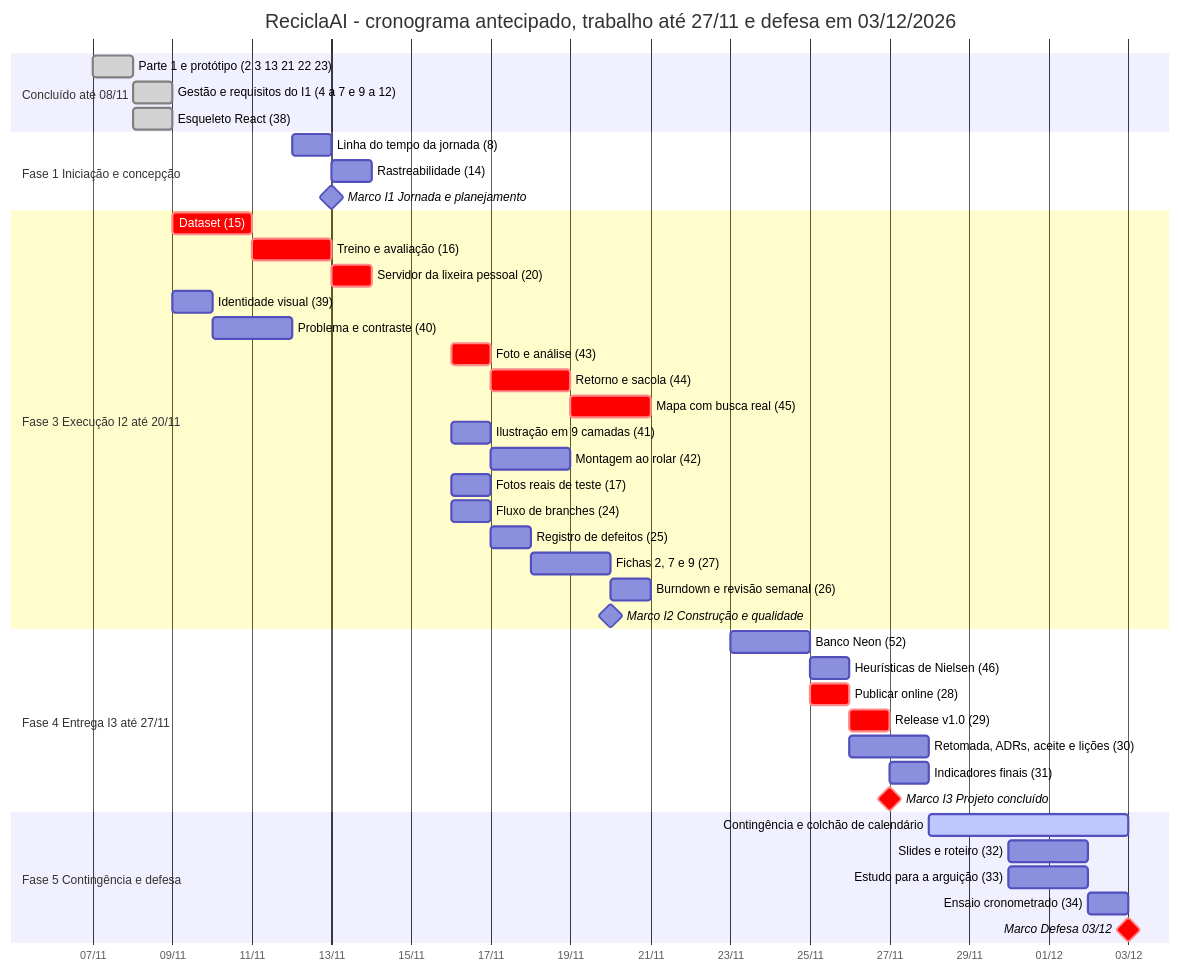
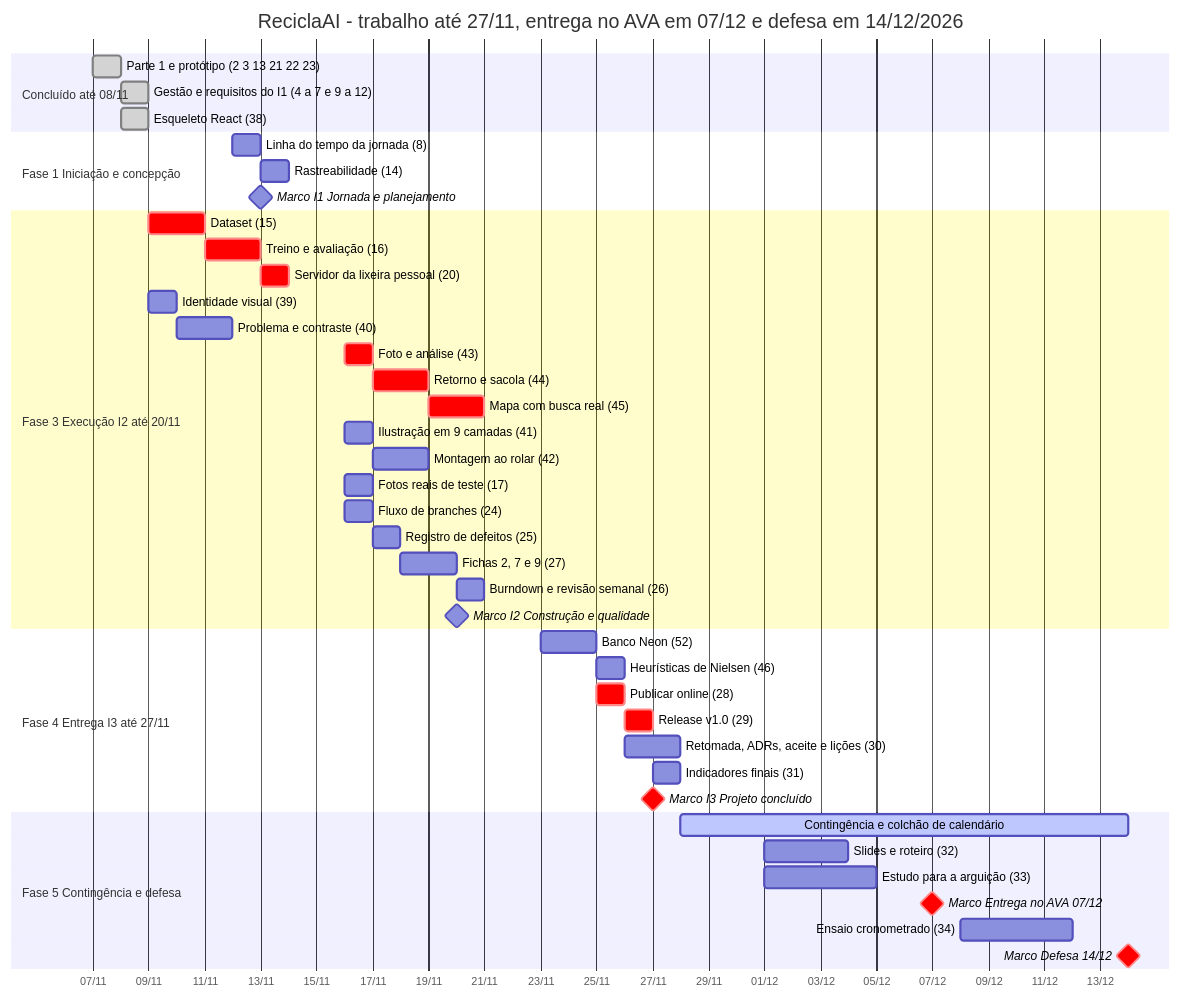
Before and after one commit to Ronald-Jesus/reciclaai: the diagram in docs/gestao/A04-cronograma.md, drawn with Mermaid. The commit also changed other lines of this file and 19 other files, not shown here.

First line of the commit message:
docs: defesa em 14/12 e entrega no AVA em 07/12 (mudança M08) e revisão geral

````diff
--- a/docs/gestao/A04-cronograma.md
+++ b/docs/gestao/A04-cronograma.md
@@ -42,50 +61,51 @@
 ```mermaid
 gantt
-  title ReciclaAI - cronograma antecipado, trabalho até 27/11 e defesa em 03/12/2026
+  title ReciclaAI - trabalho até 27/11, entrega no AVA em 07/12 e defesa em 14/12/2026
   dateFormat YYYY-MM-DD
   axisFormat %d/%m
 
   section Concluído até 08/11
   Parte 1 e protótipo (2 3 13 21 22 23)    :done, c1, 2026-11-07, 1d
   Gestão e requisitos do I1 (4 a 7 e 9 a 12) :done, c2, 2026-11-08, 1d
   Esqueleto React (38)                     :done, c3, 2026-11-08, 1d
 
   section Fase 1 Iniciação e concepção
   Linha do tempo da jornada (8)            :t8, 2026-11-12, 1d
   Rastreabilidade (14)                     :t14, 2026-11-13, 1d
   Marco I1 Jornada e planejamento          :milestone, mi1, 2026-11-13, 0d
 
   section Fase 3 Execução I2 até 20/11
   Dataset (15)                             :crit, t15, 2026-11-09, 2d
   Treino e avaliação (16)                  :crit, t16, 2026-11-11, 2d
   Servidor da lixeira pessoal (20)         :crit, t20, 2026-11-13, 1d
   Identidade visual (39)                   :t39, 2026-11-09, 1d
   Problema e contraste (40)                :t40, 2026-11-10, 2d
   Foto e análise (43)                      :crit, t43, 2026-11-16, 1d
   Retorno e sacola (44)                    :crit, t44, 2026-11-17, 2d
   Mapa com busca real (45)                 :crit, t45, 2026-11-19, 2d
   Ilustração em 9 camadas (41)             :t41, 2026-11-16, 1d
   Montagem ao rolar (42)                   :t42, 2026-11-17, 2d
   Fotos reais de teste (17)                :t17, 2026-11-16, 1d
   Fluxo de branches (24)                   :t24, 2026-11-16, 1d
   Registro de defeitos (25)                :t25, 2026-11-17, 1d
   Fichas 2, 7 e 9 (27)                     :t27, 2026-11-18, 2d
   Burndown e revisão semanal (26)          :t26, 2026-11-20, 1d
   Marco I2 Construção e qualidade          :milestone, mi2, 2026-11-20, 0d
 
   section Fase 4 Entrega I3 até 27/11
   Banco Neon (52)                          :t52, 2026-11-23, 2d
   Heurísticas de Nielsen (46)              :t46, 2026-11-25, 1d
   Publicar online (28)                     :crit, t28, 2026-11-25, 1d
   Release v1.0 (29)                        :crit, t29, 2026-11-26, 1d
   Retomada, ADRs, aceite e lições (30)     :t30, 2026-11-26, 2d
   Indicadores finais (31)                  :t31, 2026-11-27, 1d
   Marco I3 Projeto concluído               :crit, milestone, mi3, 2026-11-27, 0d
 
   section Fase 5 Contingência e defesa
-  Contingência e colchão de calendário     :active, buf, 2026-11-28, 5d
-  Slides e roteiro (32)                    :t32, 2026-11-30, 2d
-  Estudo para a arguição (33)              :t33, 2026-11-30, 2d
-  Ensaio cronometrado (34)                 :t34, 2026-12-02, 1d
-  Marco Defesa 03/12                       :crit, milestone, mdef, 2026-12-03, 0d
+  Contingência e colchão de calendário     :active, buf, 2026-11-28, 16d
+  Slides e roteiro (32)                    :t32, 2026-12-01, 3d
+  Estudo para a arguição (33)              :t33, 2026-12-01, 4d
+  Marco Entrega no AVA 07/12               :crit, milestone, mava, 2026-12-07, 0d
+  Ensaio cronometrado (34)                 :t34, 2026-12-08, 4d
+  Marco Defesa 14/12                       :crit, milestone, mdef, 2026-12-14, 0d
 ```
````
